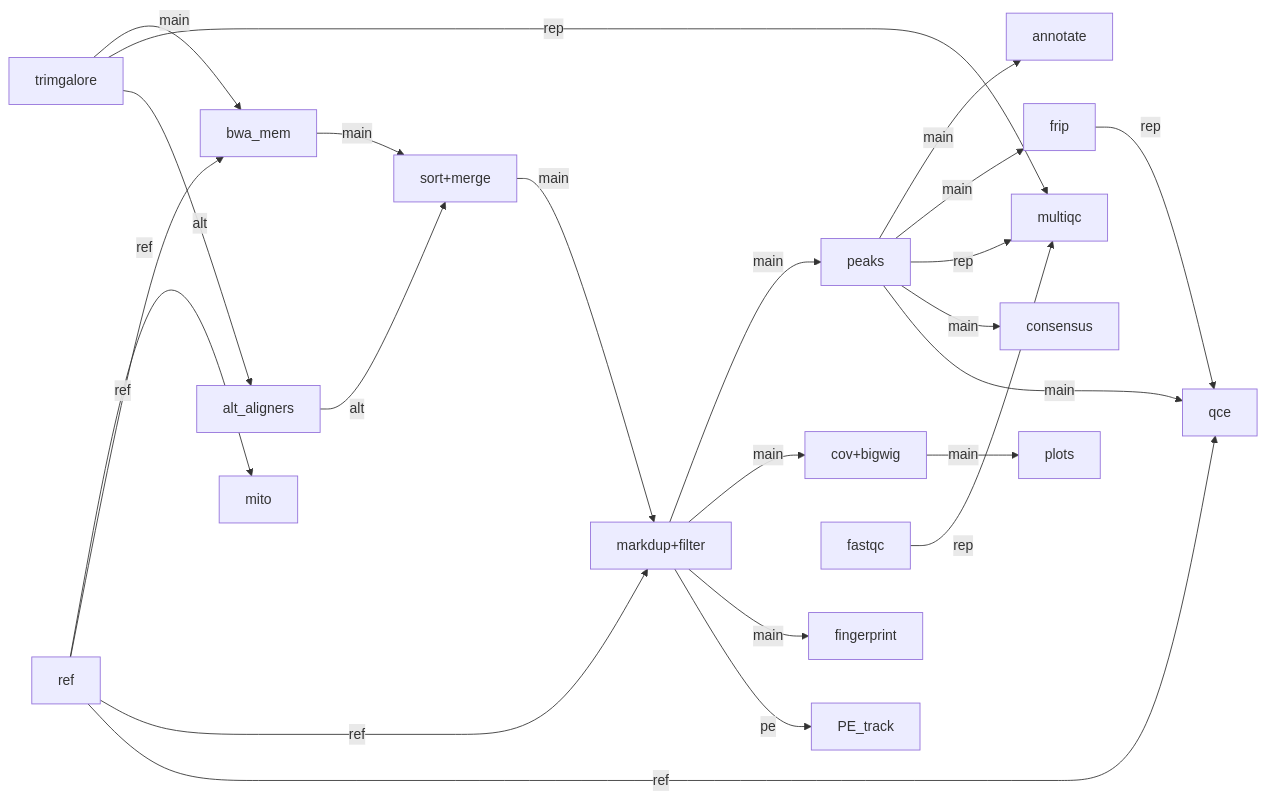
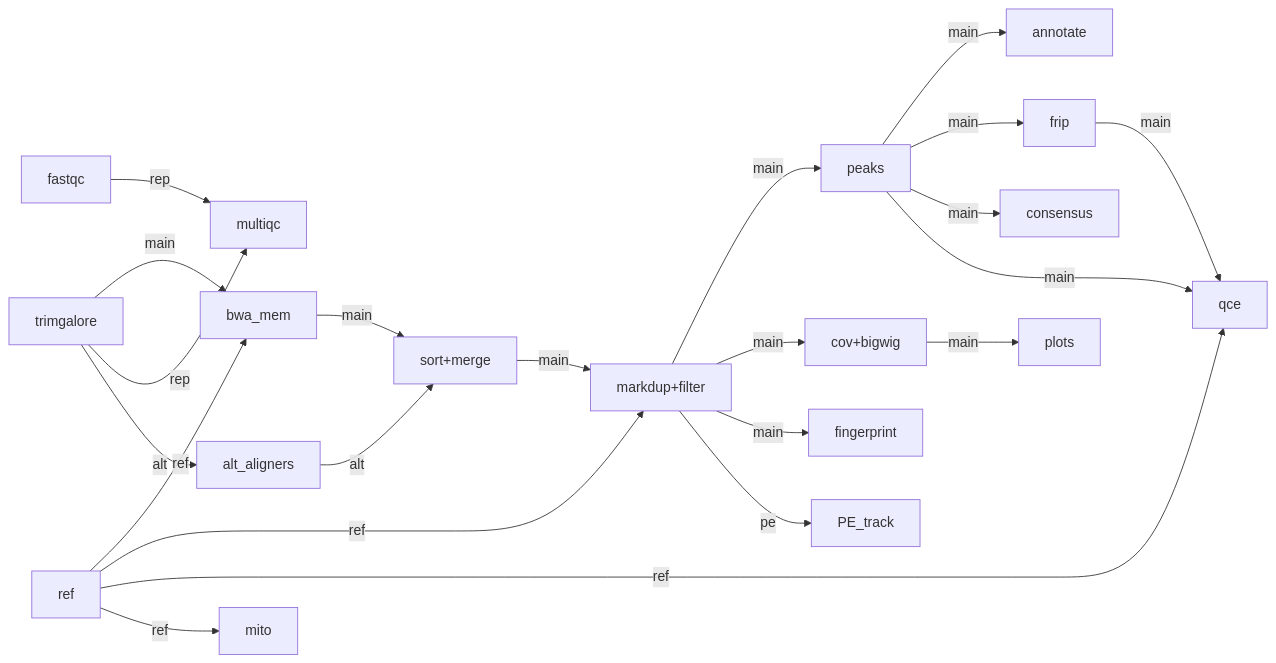
Before and after one commit to oxo-flow-community/oxo-flow-community.github.io: the diagram in scripts/semantic_maps/oxo-flow-atacseq.mmd, drawn with Mermaid. The commit also changed 16 other files, not shown here.

```diff
--- a/scripts/semantic_maps/oxo-flow-atacseq.mmd
+++ b/scripts/semantic_maps/oxo-flow-atacseq.mmd
@@ -1,32 +1,31 @@
 %%metro line: main | Main pipeline | #79706E
-%%metro line: rep2 | PE track | #F2A93B
+%%metro line: pe | PE track | #F2A93B
 %%metro line: alt | Alt aligners | #54A24B
 %%metro line: ref | References | #4C78A8
 %%metro line: rep | Reporting | #F2CF5B
 %%metro font_scale: 1.9
 %%metro stroke_scale: 1.6
 %%metro legend: br
 
 graph LR
     trimgalore -->|main| bwa_mem
     bwa_mem -->|main| sort+merge
     sort+merge -->|main| markdup+filter
-    ref -->|ref| mito
     markdup+filter -->|main| peaks
     peaks -->|main| annotate
     peaks -->|main| frip
-    frip -->|rep| qce
+    frip -->|main| qce
     markdup+filter -->|main| cov+bigwig
     cov+bigwig -->|main| plots
     markdup+filter -->|main| fingerprint
-    peaks -->|rep| multiqc
     fastqc -->|rep| multiqc
     trimgalore -->|rep| multiqc
     trimgalore -->|alt| alt_aligners
     alt_aligners -->|alt| sort+merge
     ref -->|ref| bwa_mem
     ref -->|ref| markdup+filter
     markdup+filter -->|pe| PE_track
     peaks -->|main| consensus
     ref -->|ref| qce
     peaks -->|main| qce
+    ref -->|ref| mito
```
